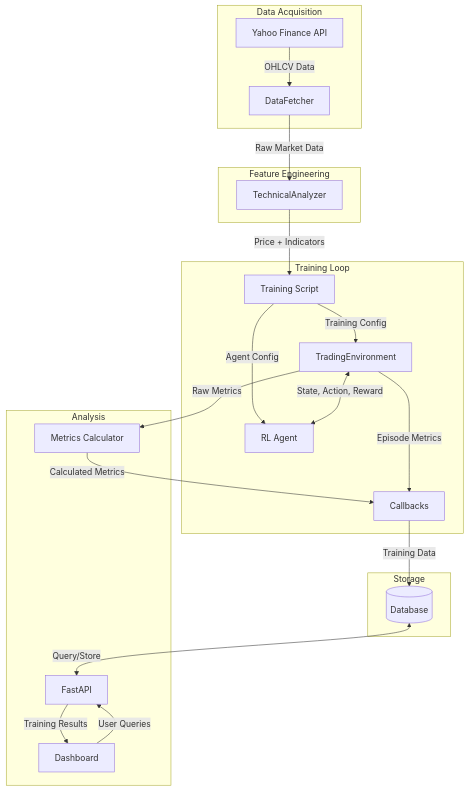
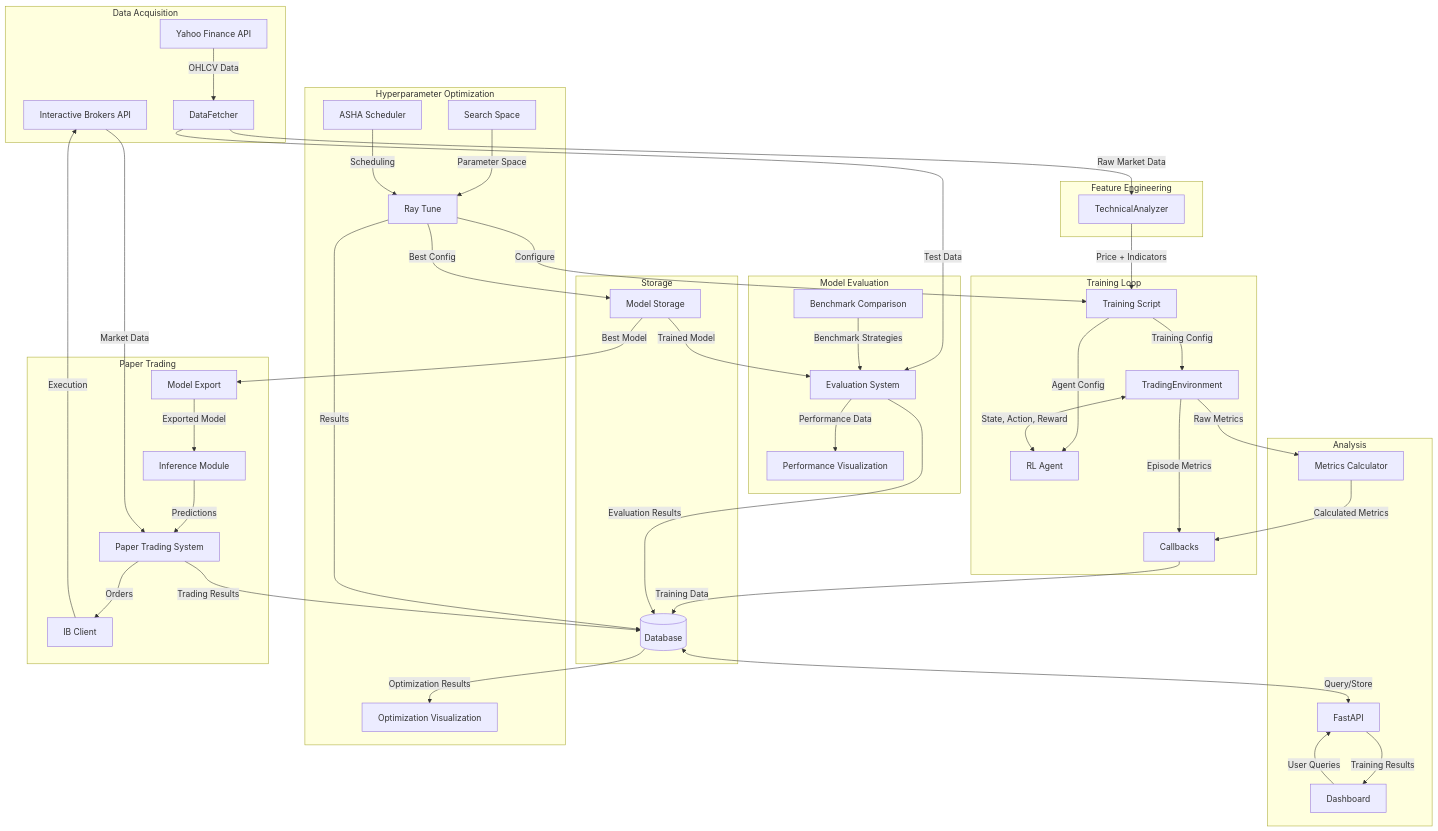
The fifth of 5 diagrams in docs/architecture.md (Lillo-S-p-a/ReinforceStrategyCreatorV2), drawn with Mermaid before and after one commit. The commit also changed other lines of this file and 6 other files, not shown here.

First line of the commit message:
feat(rl): implement hyperparameter optimization and paper trading

````diff
--- a/docs/architecture.md
+++ b/docs/architecture.md
@@ -382,6 +516,7 @@
     subgraph DataAcquisition["Data Acquisition"]
         YF[Yahoo Finance API]
         DF[DataFetcher]
+        IB[Interactive Brokers API]
     end
     
     subgraph FeatureEngineering["Feature Engineering"]
@@ -397,12 +532,33 @@
     
     subgraph Storage["Storage"]
         DB[(Database)]
+        MODEL_STORE[Model Storage]
     end
     
     subgraph Analysis["Analysis"]
         API[FastAPI]
         DASH[Dashboard]
         MC[Metrics Calculator]
+    end
+    
+    subgraph Optimization["Hyperparameter Optimization"]
+        HPO[Ray Tune]
+        ASHA[ASHA Scheduler]
+        SEARCH[Search Space]
+        OPT_VIS[Optimization Visualization]
+    end
+    
+    subgraph Evaluation["Model Evaluation"]
+        EVAL[Evaluation System]
+        BENCH[Benchmark Comparison]
+        PERF_VIS[Performance Visualization]
+    end
+    
+    subgraph PaperTrading["Paper Trading"]
+        PT_SYS[Paper Trading System]
+        IB_CLIENT[IB Client]
+        INFERENCE[Inference Module]
+        EXPORT[Model Export]
     end
     
     YF -->|OHLCV Data| DF
@@ -421,4 +577,28 @@
     DASH -->|User Queries| API
     TE -->|Raw Metrics| MC
     MC -->|Calculated Metrics| CB
+    
+    %% Hyperparameter optimization flow
+    HPO -->|Configure| TL
+    SEARCH -->|Parameter Space| HPO
+    HPO -->|Results| DB
+    HPO -->|Best Config| MODEL_STORE
+    ASHA -->|Scheduling| HPO
+    DB -->|Optimization Results| OPT_VIS
+    
+    %% Evaluation flow
+    MODEL_STORE -->|Trained Model| EVAL
+    DF -->|Test Data| EVAL
+    BENCH -->|Benchmark Strategies| EVAL
+    EVAL -->|Evaluation Results| DB
+    EVAL -->|Performance Data| PERF_VIS
+    
+    %% Paper trading flow
+    MODEL_STORE -->|Best Model| EXPORT
+    EXPORT -->|Exported Model| INFERENCE
+    INFERENCE -->|Predictions| PT_SYS
+    IB -->|Market Data| PT_SYS
+    PT_SYS -->|Orders| IB_CLIENT
+    IB_CLIENT -->|Execution| IB
+    PT_SYS -->|Trading Results| DB
 ```
````
